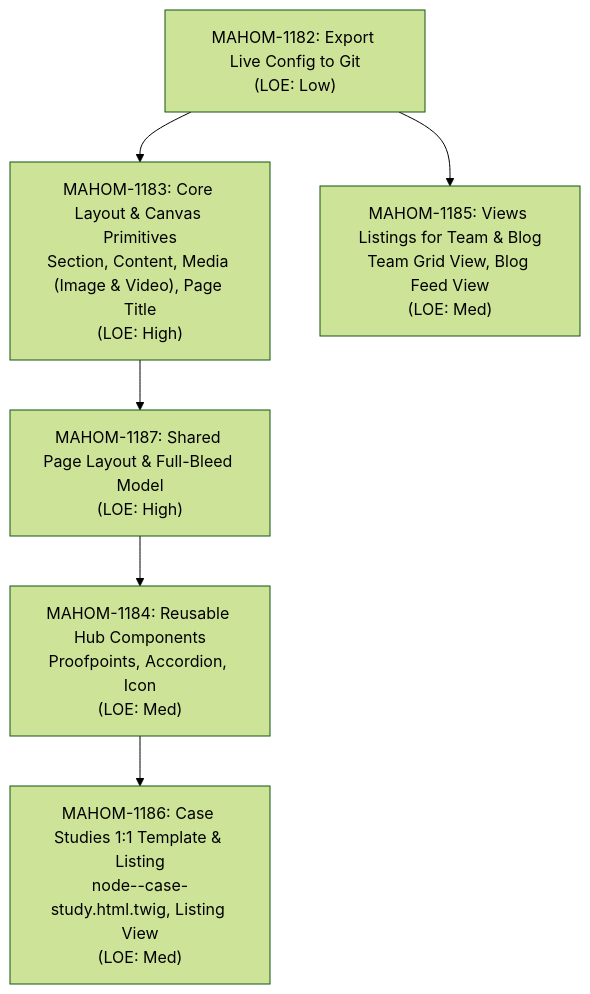
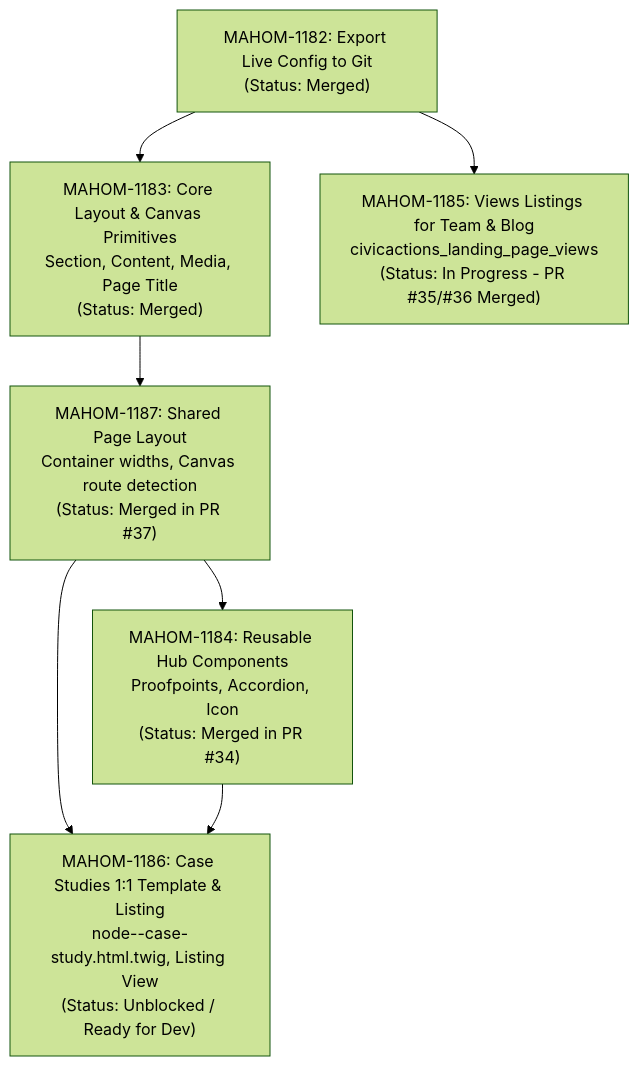
The diagram in docs/plans/component-migration.md (CivicActions/civicactions), drawn with Mermaid (forest theme) before and after one commit. The commit also changed other lines of this file, not shown here.

Commit message:
docs(roadmap): update component migration plan with merged PRs #34 and #37

````diff
--- a/docs/plans/component-migration.md
+++ b/docs/plans/component-migration.md
@@ -80,15 +81,16 @@
 ```mermaid
 flowchart TD
-    D0["MAHOM-1182: Export Live Config to Git\n(LOE: Low)"]
-    I1["MAHOM-1183: Core Layout & Canvas Primitives\nSection, Content, Media (Image & Video), Page Title\n(LOE: High)"]
-    I15["MAHOM-1187: Shared Page Layout & Full-Bleed Model\n(LOE: High)"]
-    I2["MAHOM-1184: Reusable Hub Components\nProofpoints, Accordion, Icon\n(LOE: Med)"]
-    I3["MAHOM-1185: Views Listings for Team & Blog\nTeam Grid View, Blog Feed View\n(LOE: Med)"]
-    I4["MAHOM-1186: Case Studies 1:1 Template & Listing\nnode--case-study.html.twig, Listing View\n(LOE: Med)"]
+    D0["MAHOM-1182: Export Live Config to Git\n(Status: Merged)"]
+    I1["MAHOM-1183: Core Layout & Canvas Primitives\nSection, Content, Media, Page Title\n(Status: Merged)"]
+    I15["MAHOM-1187: Shared Page Layout\nContainer widths, Canvas route detection\n(Status: Merged in PR #37)"]
+    I2["MAHOM-1184: Reusable Hub Components\nProofpoints, Accordion, Icon\n(Status: Merged in PR #34)"]
+    I3["MAHOM-1185: Views Listings for Team & Blog\ncivicactions_landing_page_views\n(Status: In Progress - PR #35/#36 Merged)"]
+    I4["MAHOM-1186: Case Studies 1:1 Template & Listing\nnode--case-study.html.twig, Listing View\n(Status: Unblocked / Ready for Dev)"]
 
     D0 --> I1
     D0 --> I3
     I1 --> I15
     I15 --> I2
+    I15 --> I4
     I2 --> I4
 ```
````
